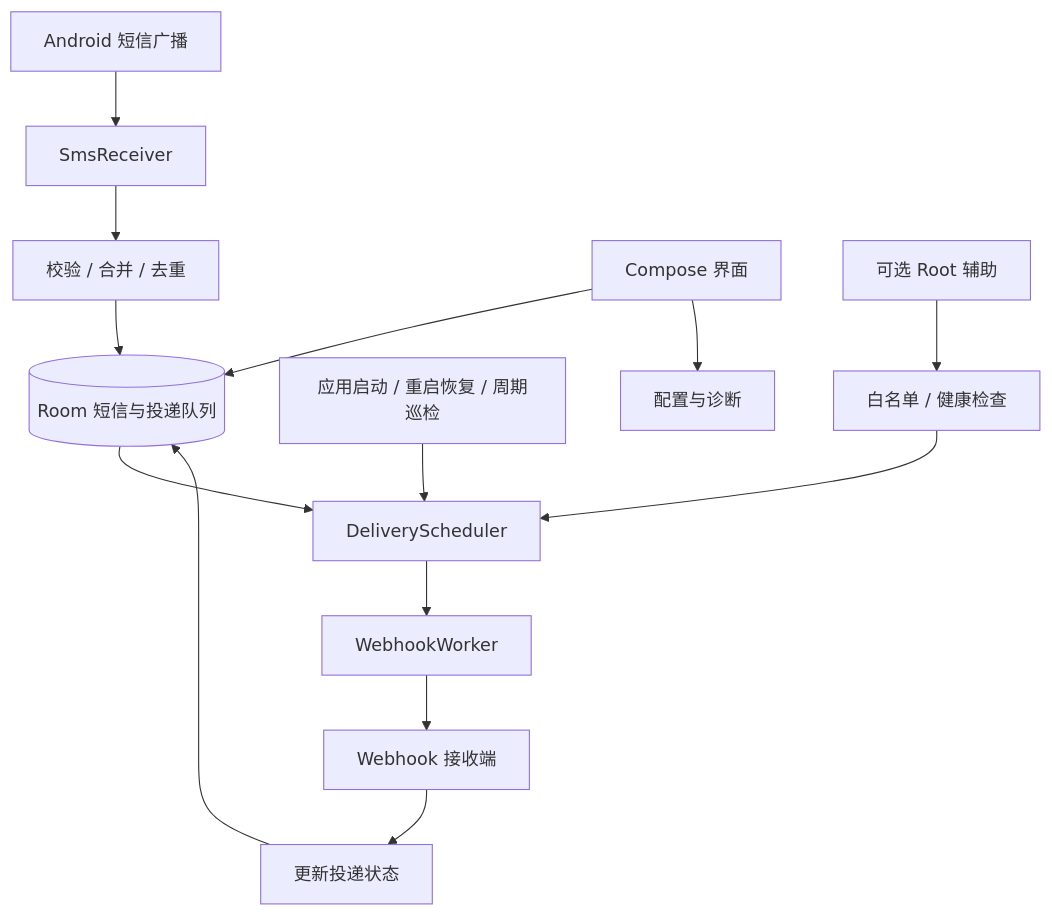
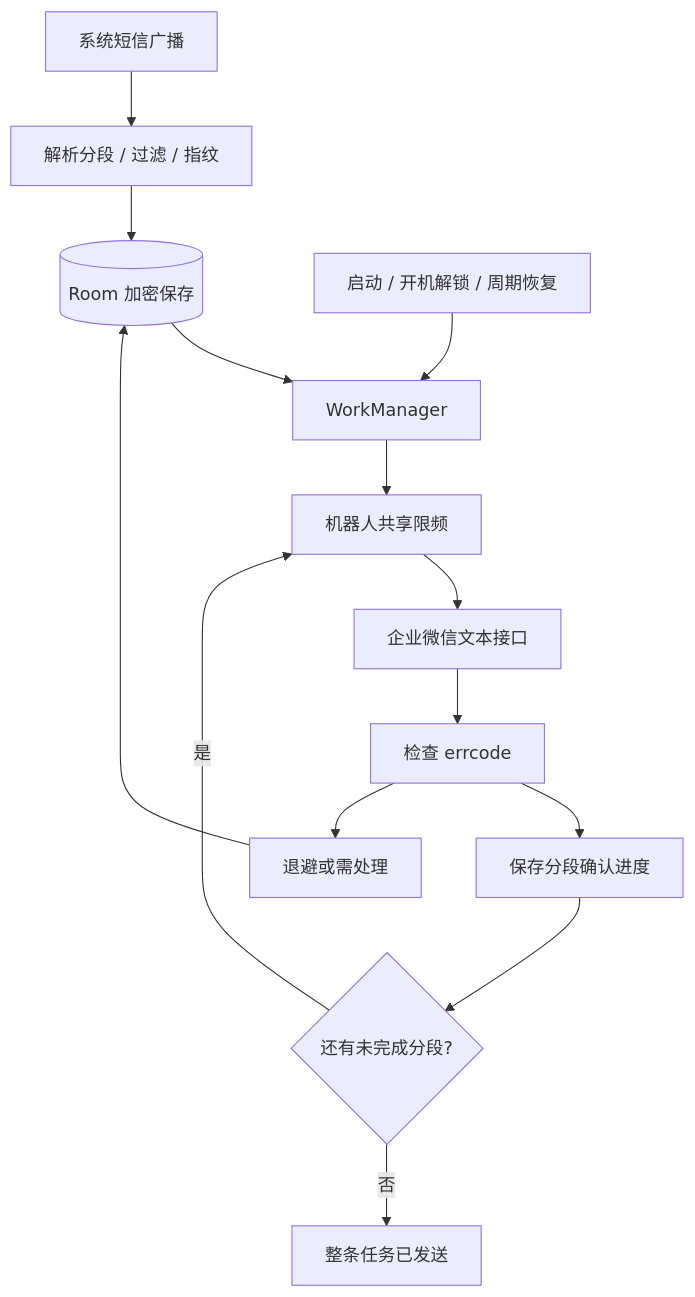
Before and after one commit to yzfh-ty/android-sms-webhook: the diagram in docs/原生开发文档.md, drawn with Mermaid. The commit also changed other lines of this file and 24 other files, not shown here.

````diff
--- a/docs/原生开发文档.md
+++ b/docs/原生开发文档.md
@@ -86,16 +22,16 @@
 ```mermaid
 flowchart TD
-    A[Android 短信广播] --> B[SmsReceiver]
-    B --> C[校验 / 合并 / 去重]
-    C --> D[(Room 短信与投递队列)]
-    D --> E[DeliveryScheduler]
-    E --> F[WebhookWorker]
-    F --> G[Webhook 接收端]
-    G --> H[更新投递状态]
-    H --> D
-    I[应用启动 / 重启恢复 / 周期巡检] --> E
-    J[Compose 界面] --> D
-    J --> K[配置与诊断]
-    L[可选 Root 辅助] --> M[白名单 / 健康检查]
-    M --> E
+    A[系统短信广播] --> B[解析分段 / 过滤 / 指纹]
+    B --> C[(Room 加密保存)]
+    C --> D[WorkManager]
+    D --> E[机器人共享限频]
+    E --> F[企业微信文本接口]
+    F --> G[检查 errcode]
+    G --> H[保存分段确认进度]
+    H --> I{还有未完成分段?}
+    I -->|是| E
+    I -->|否| J[整条任务已发送]
+    G --> K[退避或需处理]
+    K --> C
+    L[启动 / 开机解锁 / 周期恢复] --> D
 ```
````
